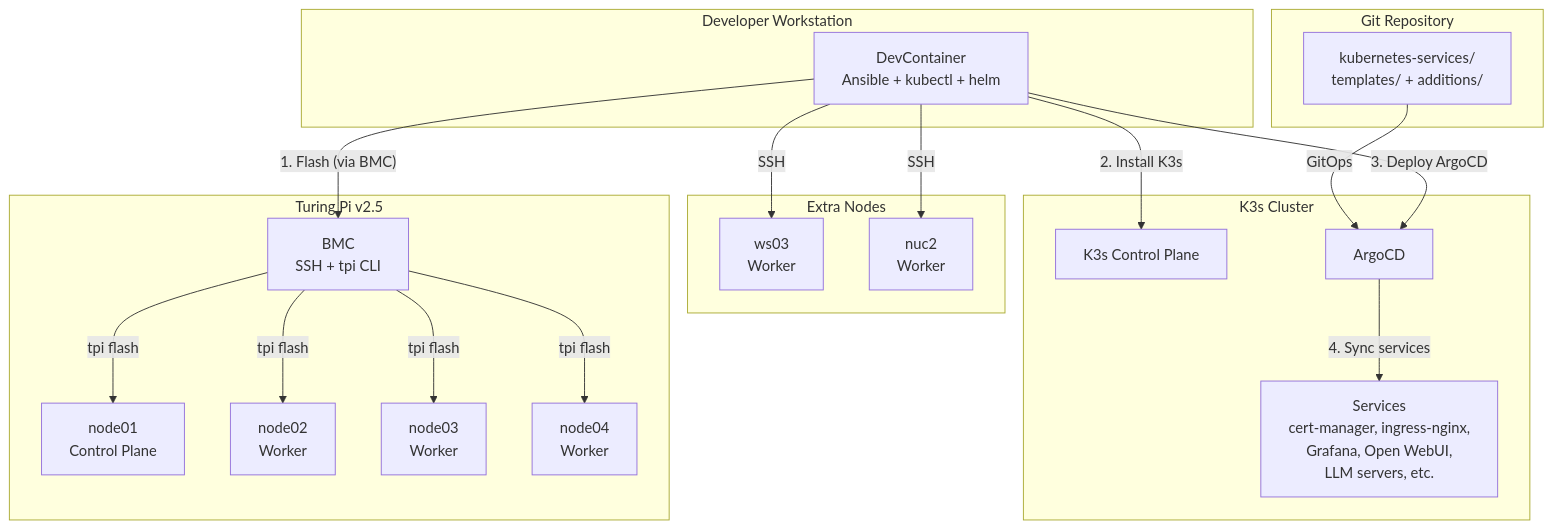
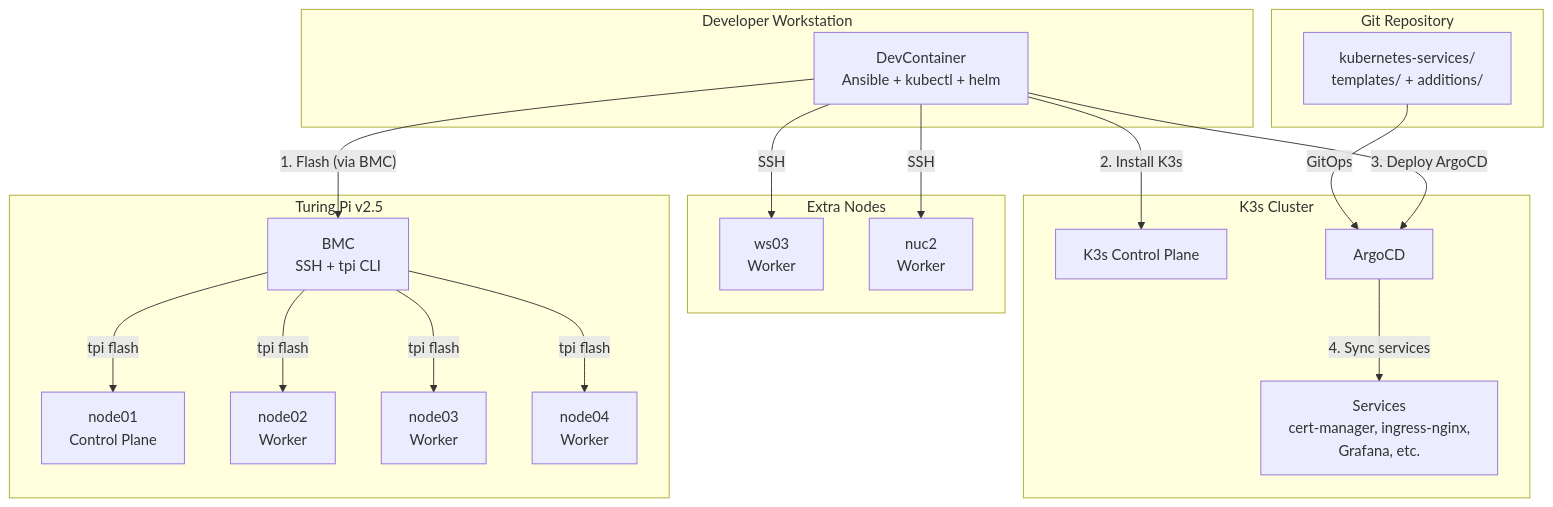
Before and after one commit to gilesknap/tpi-k3s-ansible: the first of 3 diagrams in docs/explanations/architecture.md, drawn with Mermaid. The commit also changed 88 other files, not shown here.

First line of the commit message:
Remove rkllama, Open WebUI and llama.cpp

````diff
--- a/docs/explanations/architecture.md
+++ b/docs/explanations/architecture.md
@@ -11,37 +11,37 @@
 ```mermaid
 flowchart TB
     subgraph Workstation["Developer Workstation"]
         DC[DevContainer<br/>Ansible + kubectl + helm]
     end
 
     subgraph TuringPi["Turing Pi v2.5"]
         BMC[BMC<br/>SSH + tpi CLI]
         N1[node01<br/>Control Plane]
         N2[node02<br/>Worker]
         N3[node03<br/>Worker]
         N4[node04<br/>Worker]
     end
 
     subgraph Extra["Extra Nodes"]
         E1[ws03<br/>Worker]
         E2[nuc2<br/>Worker]
     end
 
     subgraph Cluster["K3s Cluster"]
         K3S[K3s Control Plane]
         ARGO[ArgoCD]
-        SVC[Services<br/>cert-manager, ingress-nginx,<br/>Grafana, Open WebUI,<br/>LLM servers, etc.]
+        SVC[Services<br/>cert-manager, ingress-nginx,<br/>Grafana, etc.]
     end
 
     subgraph Git["Git Repository"]
         REPO["kubernetes-services/<br/>templates/ + additions/"]
     end
 
     DC -->|"1. Flash (via BMC)"| BMC
     BMC -->|"tpi flash"| N1 & N2 & N3 & N4
     DC -->|"2. Install K3s"| K3S
     DC -->|"3. Deploy ArgoCD"| ARGO
     ARGO -->|"4. Sync services"| SVC
     REPO -->|"GitOps"| ARGO
     DC -->|"SSH"| E1 & E2
 ```
````
